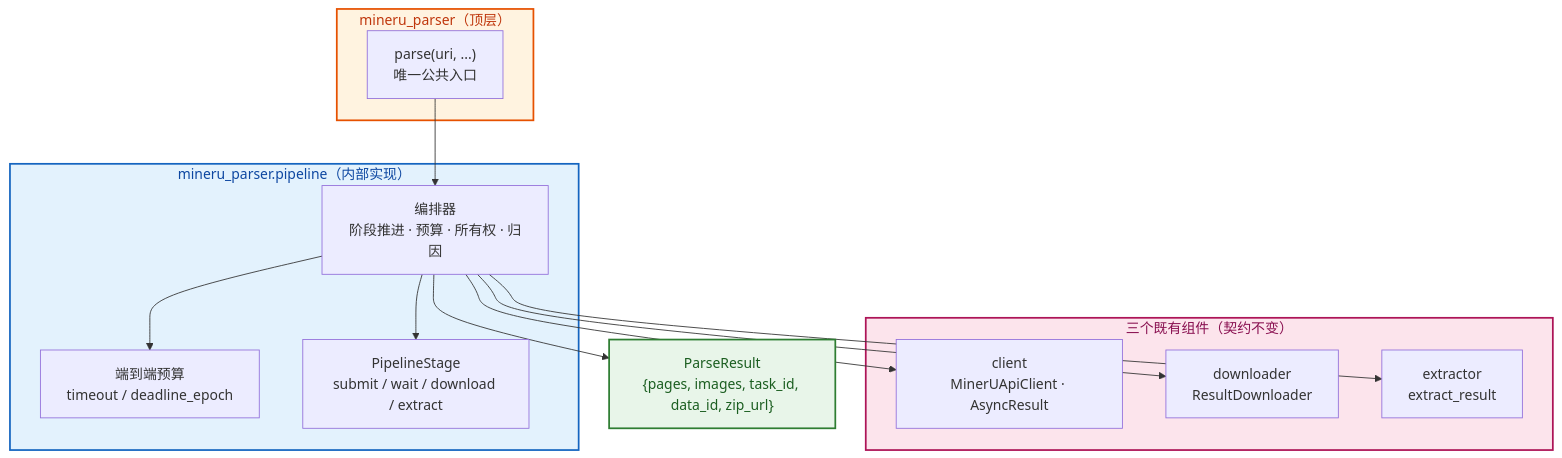
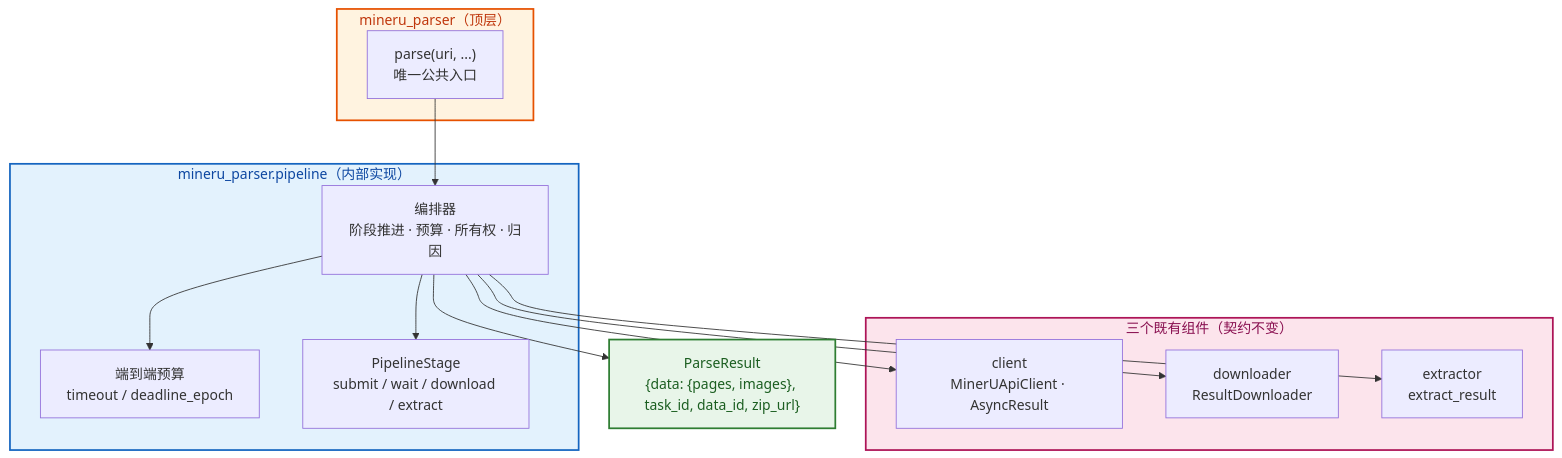
The second of 3 diagrams in docs/specs/SPEC-004-pipeline.md (dream-365/mineru-parser), drawn with Mermaid before and after one commit. The commit also changed other lines of this file and 1 other file, not shown here.

````diff
--- a/docs/specs/SPEC-004-pipeline.md
+++ b/docs/specs/SPEC-004-pipeline.md
@@ -357,33 +352,33 @@
 ```mermaid
 flowchart TB
     subgraph FACADE["mineru_parser（顶层）"]
         PARSE["parse(uri, ...)<br/>唯一公共入口"]
     end
 
     subgraph LIB["mineru_parser.pipeline（内部实现）"]
         ORCH["编排器<br/>阶段推进 · 预算 · 所有权 · 归因"]
         BUDGET["端到端预算<br/>timeout / deadline_epoch"]
         STAGE["PipelineStage<br/>submit / wait / download / extract"]
     end
 
     subgraph COMPONENTS["三个既有组件（契约不变）"]
         CLI["client<br/>MinerUApiClient · AsyncResult"]
         DL["downloader<br/>ResultDownloader"]
         EX["extractor<br/>extract_result"]
     end
 
-    OUT["ParseResult<br/>{pages, images, task_id, data_id, zip_url}"]
+    OUT["ParseResult<br/>{data: {pages, images}, task_id, data_id, zip_url}"]
 
     PARSE --> ORCH
     ORCH --> BUDGET
     ORCH --> STAGE
     ORCH --> CLI
     ORCH --> DL
     ORCH --> EX
     ORCH --> OUT
 
     style FACADE fill:#fff3e0,stroke:#e65100,stroke-width:2px,color:#bf360c
     style LIB fill:#e3f2fd,stroke:#1565c0,stroke-width:2px,color:#0d47a1
     style COMPONENTS fill:#fce4ec,stroke:#ad1457,stroke-width:2px,color:#880e4f
     style OUT fill:#e8f5e9,stroke:#2e7d32,stroke-width:2px,color:#1b5e20
 ```
````
